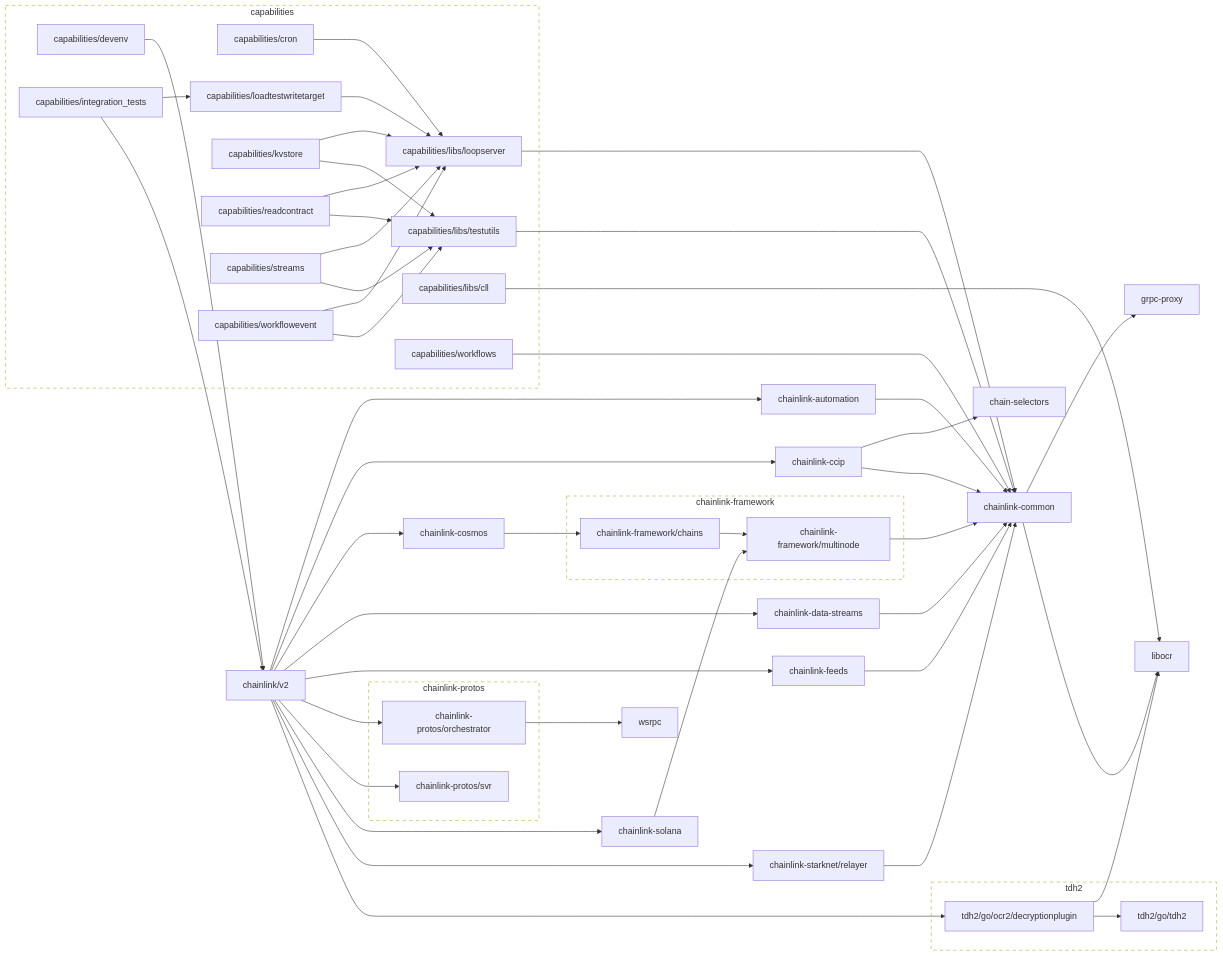
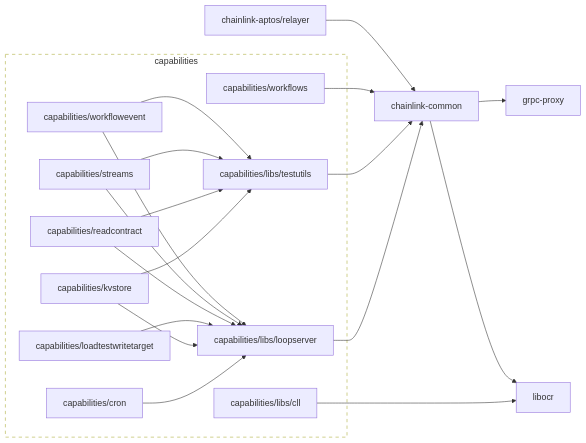
One commit to smartcontractkit/capabilities changed the diagram in go.md. Above: the diagram before and after it, drawn with Mermaid. The commit also changed 6 other files, not shown here.

````diff
--- a/go.md
+++ b/go.md
@@ -4,11 +4,6 @@
 
 	capabilities/cron --> capabilities/libs/loopserver
 	click capabilities/cron href "https://github.com/smartcontractkit/capabilities"
-	capabilities/devenv --> chainlink/v2
-	click capabilities/devenv href "https://github.com/smartcontractkit/capabilities"
-	capabilities/integration_tests --> capabilities/loadtestwritetarget
-	capabilities/integration_tests --> chainlink/v2
-	click capabilities/integration_tests href "https://github.com/smartcontractkit/capabilities"
 	capabilities/kvstore --> capabilities/libs/loopserver
 	capabilities/kvstore --> capabilities/libs/testutils
 	click capabilities/kvstore href "https://github.com/smartcontractkit/capabilities"
@@ -31,61 +26,18 @@
 	click capabilities/workflowevent href "https://github.com/smartcontractkit/capabilities"
 	capabilities/workflows --> chainlink-common
 	click capabilities/workflows href "https://github.com/smartcontractkit/capabilities"
-	chain-selectors
-	click chain-selectors href "https://github.com/smartcontractkit/chain-selectors"
-	chainlink-automation --> chainlink-common
-	click chainlink-automation href "https://github.com/smartcontractkit/chainlink-automation"
-	chainlink-ccip --> chain-selectors
-	chainlink-ccip --> chainlink-common
-	click chainlink-ccip href "https://github.com/smartcontractkit/chainlink-ccip"
+	chainlink-aptos/relayer --> chainlink-common
+	click chainlink-aptos/relayer href "https://github.com/smartcontractkit/chainlink-aptos"
 	chainlink-common --> grpc-proxy
 	chainlink-common --> libocr
 	click chainlink-common href "https://github.com/smartcontractkit/chainlink-common"
-	chainlink-cosmos --> chainlink-framework/chains
-	click chainlink-cosmos href "https://github.com/smartcontractkit/chainlink-cosmos"
-	chainlink-data-streams --> chainlink-common
-	click chainlink-data-streams href "https://github.com/smartcontractkit/chainlink-data-streams"
-	chainlink-feeds --> chainlink-common
-	click chainlink-feeds href "https://github.com/smartcontractkit/chainlink-feeds"
-	chainlink-framework/chains --> chainlink-framework/multinode
-	click chainlink-framework/chains href "https://github.com/smartcontractkit/chainlink-framework"
-	chainlink-framework/multinode --> chainlink-common
-	click chainlink-framework/multinode href "https://github.com/smartcontractkit/chainlink-framework"
-	chainlink-protos/orchestrator --> wsrpc
-	click chainlink-protos/orchestrator href "https://github.com/smartcontractkit/chainlink-protos"
-	chainlink-protos/svr
-	click chainlink-protos/svr href "https://github.com/smartcontractkit/chainlink-protos"
-	chainlink-solana --> chainlink-framework/multinode
-	click chainlink-solana href "https://github.com/smartcontractkit/chainlink-solana"
-	chainlink-starknet/relayer --> chainlink-common
-	click chainlink-starknet/relayer href "https://github.com/smartcontractkit/chainlink-starknet"
-	chainlink/v2 --> chainlink-automation
-	chainlink/v2 --> chainlink-ccip
-	chainlink/v2 --> chainlink-cosmos
-	chainlink/v2 --> chainlink-data-streams
-	chainlink/v2 --> chainlink-feeds
-	chainlink/v2 --> chainlink-protos/orchestrator
-	chainlink/v2 --> chainlink-protos/svr
-	chainlink/v2 --> chainlink-solana
-	chainlink/v2 --> chainlink-starknet/relayer
-	chainlink/v2 --> tdh2/go/ocr2/decryptionplugin
-	click chainlink/v2 href "https://github.com/smartcontractkit/chainlink"
 	grpc-proxy
 	click grpc-proxy href "https://github.com/smartcontractkit/grpc-proxy"
 	libocr
 	click libocr href "https://github.com/smartcontractkit/libocr"
-	tdh2/go/ocr2/decryptionplugin --> libocr
-	tdh2/go/ocr2/decryptionplugin --> tdh2/go/tdh2
-	click tdh2/go/ocr2/decryptionplugin href "https://github.com/smartcontractkit/tdh2"
-	tdh2/go/tdh2
-	click tdh2/go/tdh2 href "https://github.com/smartcontractkit/tdh2"
-	wsrpc
-	click wsrpc href "https://github.com/smartcontractkit/wsrpc"
 
 	subgraph capabilities-repo[capabilities]
 		 capabilities/cron
-		 capabilities/devenv
-		 capabilities/integration_tests
 		 capabilities/kvstore
 		 capabilities/libs/cll
 		 capabilities/libs/loopserver
@@ -98,24 +50,6 @@
 	end
 	click capabilities-repo href "https://github.com/smartcontractkit/capabilities"
 
-	subgraph chainlink-framework-repo[chainlink-framework]
-		 chainlink-framework/chains
-		 chainlink-framework/multinode
-	end
-	click chainlink-framework-repo href "https://github.com/smartcontractkit/chainlink-framework"
-
-	subgraph chainlink-protos-repo[chainlink-protos]
-		 chainlink-protos/orchestrator
-		 chainlink-protos/svr
-	end
-	click chainlink-protos-repo href "https://github.com/smartcontractkit/chainlink-protos"
-
-	subgraph tdh2-repo[tdh2]
-		 tdh2/go/ocr2/decryptionplugin
-		 tdh2/go/tdh2
-	end
-	click tdh2-repo href "https://github.com/smartcontractkit/tdh2"
-
 	classDef outline stroke-dasharray:6,fill:none;
-	class capabilities-repo,chainlink-framework-repo,chainlink-protos-repo,tdh2-repo outline
+	class capabilities-repo outline
 ```
````
